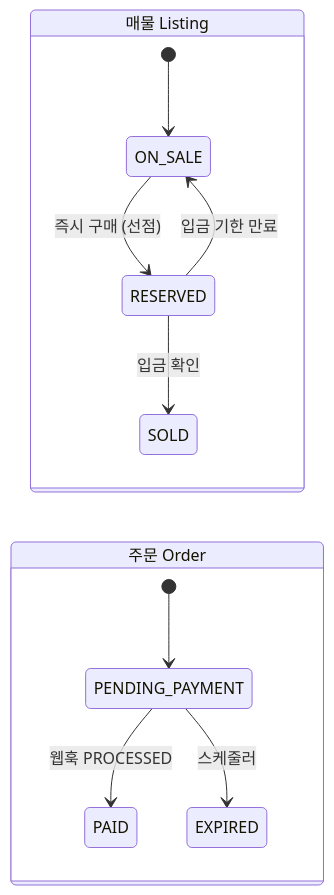
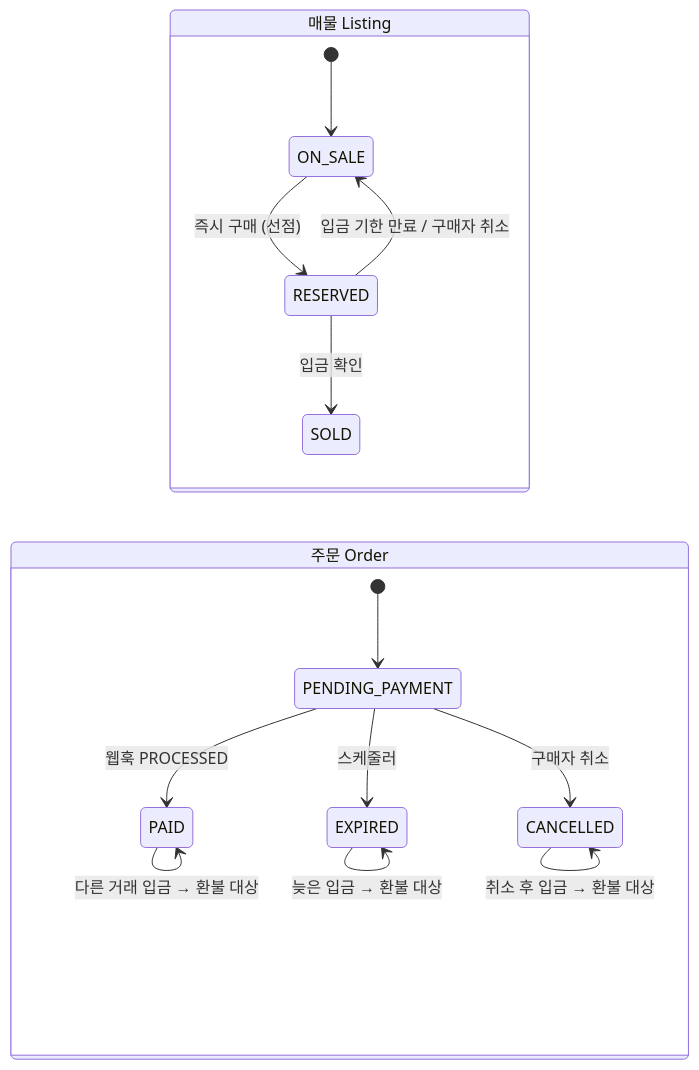
One commit to Dev-Gony/poketrade changed the third of 6 diagrams in README.md. Above: the diagram before and after it, drawn with Mermaid. The commit also changed other lines of this file and 32 other files, not shown here.

````diff
--- a/README.md
+++ b/README.md
@@ -162,15 +169,19 @@
 ```mermaid
 stateDiagram-v2
     direction LR
     state "매물 Listing" as L {
         [*] --> ON_SALE
         ON_SALE --> RESERVED: 즉시 구매 (선점)
         RESERVED --> SOLD: 입금 확인
-        RESERVED --> ON_SALE: 입금 기한 만료
+        RESERVED --> ON_SALE: 입금 기한 만료 / 구매자 취소
     }
     state "주문 Order" as O {
         [*] --> PENDING_PAYMENT
         PENDING_PAYMENT --> PAID: 웹훅 PROCESSED
         PENDING_PAYMENT --> EXPIRED: 스케줄러
+        PENDING_PAYMENT --> CANCELLED: 구매자 취소
+        PAID --> PAID: 다른 거래 입금 → 환불 대상
+        EXPIRED --> EXPIRED: 늦은 입금 → 환불 대상
+        CANCELLED --> CANCELLED: 취소 후 입금 → 환불 대상
     }
 ```
````
